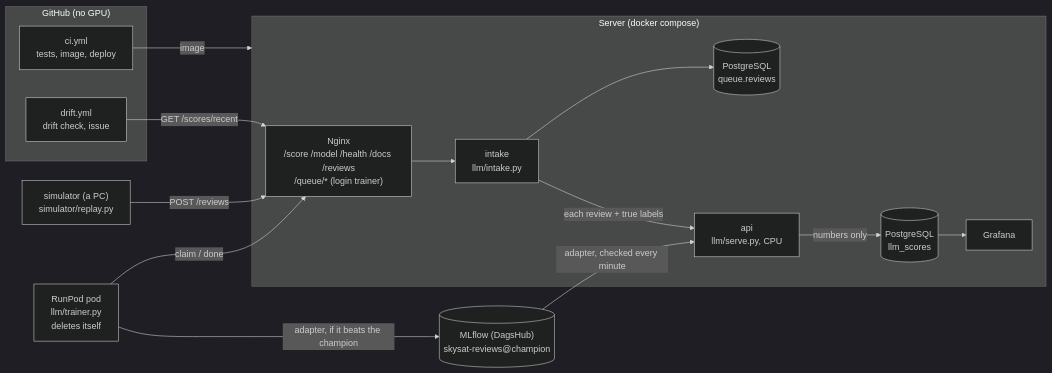
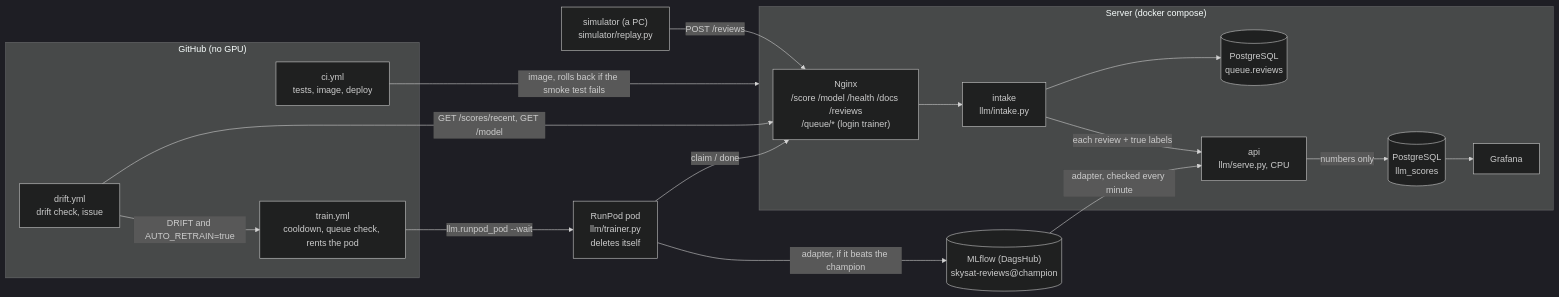
Before and after one commit to deensza/skysat-mlops: the diagram in docs/architecture.md, drawn with Mermaid (dark theme). The commit also changed other lines of this file and 14 other files, not shown here.

````diff
--- a/docs/architecture.md
+++ b/docs/architecture.md
@@ -15,26 +16,29 @@
 ```mermaid
 flowchart LR
     sim["simulator (a PC)<br/>simulator/replay.py"]
     subgraph SRV["Server (docker compose)"]
         nginx["Nginx<br/>/score /model /health /docs /reviews<br/>/queue/* (login trainer)"]
         intake["intake<br/>llm/intake.py"]
         queue[("PostgreSQL<br/>queue.reviews")]
         api["api<br/>llm/serve.py, CPU"]
         pg[("PostgreSQL<br/>llm_scores")]
         grafana["Grafana"]
     end
     pod["RunPod pod<br/>llm/trainer.py<br/>deletes itself"]
     mlflow[("MLflow (DagsHub)<br/>skysat-reviews@champion")]
     subgraph GH["GitHub (no GPU)"]
         ci["ci.yml<br/>tests, image, deploy"]
         drift["drift.yml<br/>drift check, issue"]
+        train["train.yml<br/>cooldown, queue check, rents the pod"]
     end
     sim -- "POST /reviews" --> nginx --> intake --> queue
     intake -- "each review + true labels" --> api
     pod -- "claim / done" --> nginx
     pod -- "adapter, if it beats the champion" --> mlflow
     mlflow -- "adapter, checked every minute" --> api
     api -- "numbers only" --> pg --> grafana
-    drift -- "GET /scores/recent" --> nginx
-    ci -- "image" --> SRV
+    drift -- "GET /scores/recent, GET /model" --> nginx
+    drift -- "DRIFT and AUTO_RETRAIN=true" --> train
+    train -- "llm.runpod_pod --wait" --> pod
+    ci -- "image, rolls back if the smoke test fails" --> SRV
 ```
````
